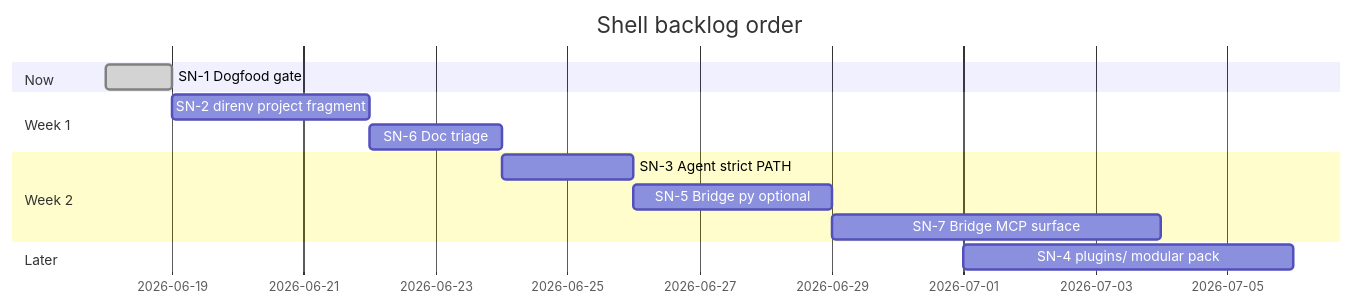
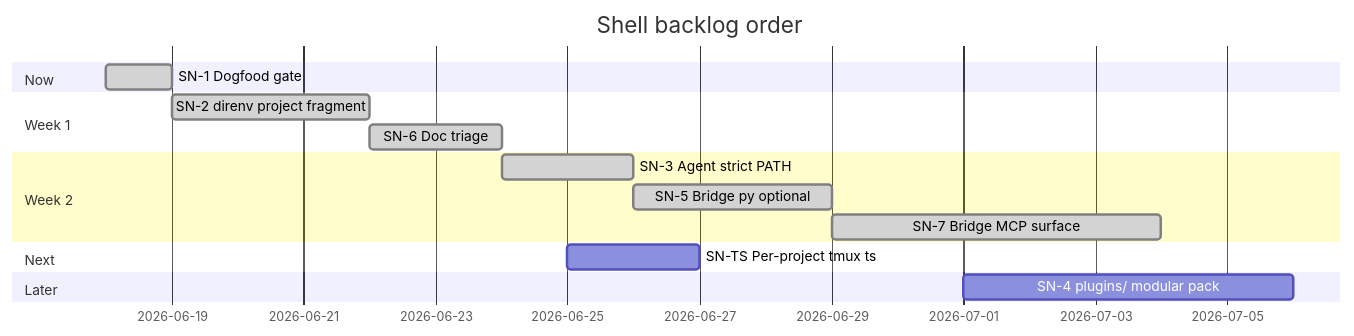
Before and after one commit to p10ns11y/shellyxz.sh: diagram 13 of 14 in arch-design/coming-next.md, drawn with Mermaid. The commit also changed other lines of this file and 2 other files, not shown here.

First line of the commit message:
Add headless cockpit-mcp verbs and note planned per-project ts sessions.

````diff
--- a/arch-design/coming-next.md
+++ b/arch-design/coming-next.md
@@ -418,16 +434,18 @@
 ```mermaid
 gantt
   title Shell backlog order
   dateFormat YYYY-MM-DD
   section Now
   SN-1 Dogfood gate           :done, sn1, 2026-06-18, 1d
   section Week 1
-  SN-2 direnv project fragment :sn2, 2026-06-19, 3d
-  SN-6 Doc triage             :sn6, after sn2, 2d
+  SN-2 direnv project fragment :done, sn2, 2026-06-19, 3d
+  SN-6 Doc triage             :done, sn6, after sn2, 2d
   section Week 2
-  SN-3 Agent strict PATH      :sn3, after sn6, 2d
-  SN-5 Bridge py optional      :sn5, after sn3, 3d
-  SN-7 Bridge MCP surface      :sn7, after sn5, 5d
+  SN-3 Agent strict PATH      :done, sn3, after sn6, 2d
+  SN-5 Bridge py optional      :done, sn5, after sn3, 3d
+  SN-7 Bridge MCP surface      :done, sn7, after sn5, 5d
+  section Next
+  SN-TS Per-project tmux ts    :sn-ts, 2026-06-25, 2d
   section Later
   SN-4 plugins/ modular pack  :sn4, 2026-07-01, 5d
 ```
````
